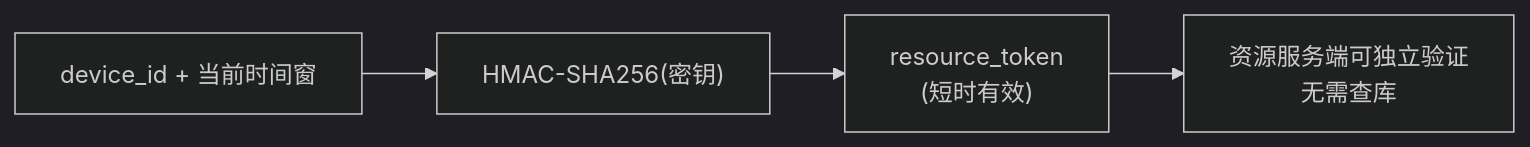
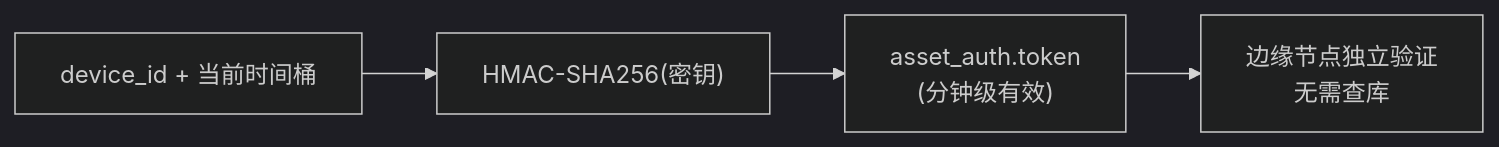
One commit to MagirecoCN-Revival-Project/magireco-cnv-docs changed the third of 4 diagrams in security/sessions-tokens.md. Above: the diagram before and after it, drawn with Mermaid (dark theme). The commit also changed other lines of this file and 25 other files, not shown here.

````diff
--- a/security/sessions-tokens.md
+++ b/security/sessions-tokens.md
@@ -136,6 +134,6 @@
 ```mermaid
 flowchart LR
-    D["device_id + 当前时间窗"] --> H["HMAC-SHA256(密钥)"]
-    H --> T["resource_token<br/>(短时有效)"]
-    T --> V["资源服务端可独立验证<br/>无需查库"]
+    D["device_id + 当前时间桶"] --> H["HMAC-SHA256(密钥)"]
+    H --> T["asset_auth.token<br/>(分钟级有效)"]
+    T --> V["边缘节点独立验证<br/>无需查库"]
 ```
````
